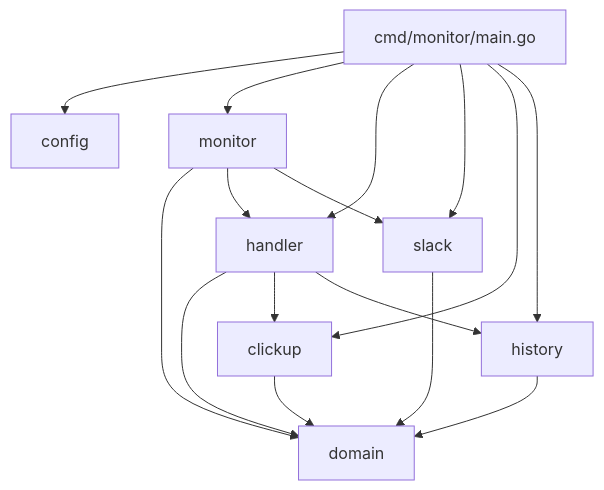
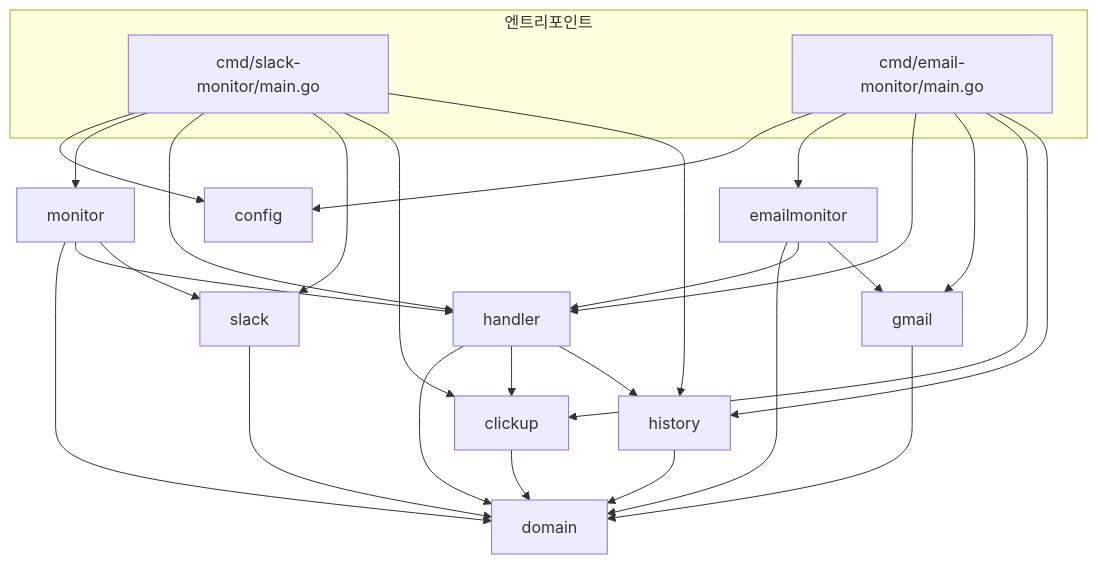
Before and after one commit to zime78/Slickwebhook: the eighth of 8 diagrams in docs/ARCHITECTURE.md, drawn with Mermaid. The commit also changed other lines of this file and 11 other files, not shown here.

Commit message:
feat: Email Monitor 기능 추가 - Gmail IMAP + XOAUTH2 인증 기반 이메일 모니터링 - Slack/Email 독립 빌드 타겟 분리 - 공통 이벤트 핸들러 및 ClickUp 연동

````diff
--- a/docs/ARCHITECTURE.md
+++ b/docs/ARCHITECTURE.md
@@ -215,23 +317,39 @@
 ```mermaid
 flowchart TD
-    MAIN["cmd/monitor/main.go"]
+    subgraph Entrypoints["엔트리포인트"]
+        SLACK_MAIN["cmd/slack-monitor/main.go"]
+        EMAIL_MAIN["cmd/email-monitor/main.go"]
+    end
 
-    MAIN --> CONFIG["config"]
-    MAIN --> MONITOR["monitor"]
-    MAIN --> HANDLER["handler"]
-    MAIN --> SLACK["slack"]
-    MAIN --> CLICKUP["clickup"]
-    MAIN --> HISTORY["history"]
+    SLACK_MAIN --> CONFIG["config"]
+    EMAIL_MAIN --> CONFIG
+
+    SLACK_MAIN --> MONITOR["monitor"]
+    SLACK_MAIN --> HANDLER["handler"]
+    SLACK_MAIN --> SLACK["slack"]
+    SLACK_MAIN --> CLICKUP["clickup"]
+    SLACK_MAIN --> HISTORY["history"]
+
+    EMAIL_MAIN --> EMAIL_MONITOR["emailmonitor"]
+    EMAIL_MAIN --> HANDLER
+    EMAIL_MAIN --> GMAIL["gmail"]
+    EMAIL_MAIN --> CLICKUP
+    EMAIL_MAIN --> HISTORY
 
     MONITOR --> DOMAIN["domain"]
     MONITOR --> HANDLER
     MONITOR --> SLACK
+
+    EMAIL_MONITOR --> DOMAIN
+    EMAIL_MONITOR --> HANDLER
+    EMAIL_MONITOR --> GMAIL
 
     HANDLER --> DOMAIN
     HANDLER --> CLICKUP
     HANDLER --> HISTORY
 
     SLACK --> DOMAIN
+    GMAIL --> DOMAIN
     CLICKUP --> DOMAIN
     HISTORY --> DOMAIN
 ```
````
